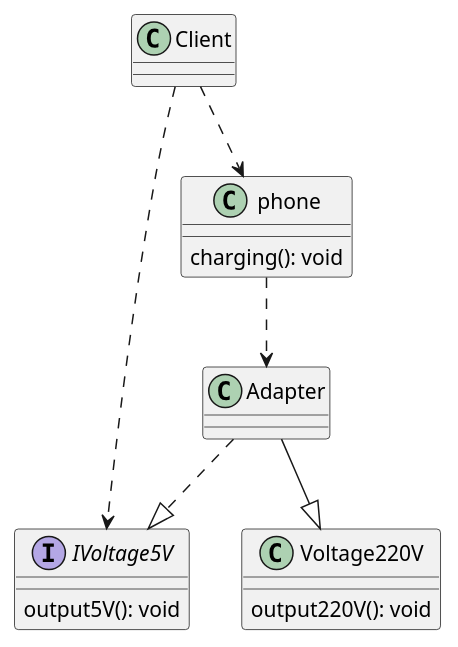
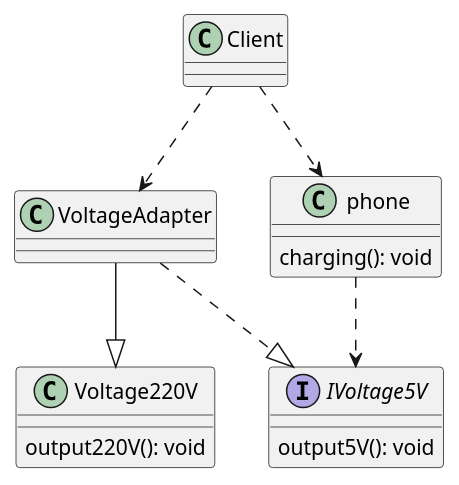
The diagram in src/pers/caijx/adapter/classadapter/classadapter.puml (SmileCJX/DesignPattern), drawn with PlantUML before and after one commit.

Commit message:
修正类适配器图

```diff
--- a/src/pers/caijx/adapter/classadapter/classadapter.puml
+++ b/src/pers/caijx/adapter/classadapter/classadapter.puml
@@ -1,24 +1,24 @@
 @startuml
 
 class Voltage220V
 Voltage220V : output220V(): void
 
-class Adapter
+class VoltageAdapter
 
 interface IVoltage5V
 IVoltage5V : output5V(): void
 
 class phone
 phone : charging(): void
 
 class Client
 
-Adapter --|> Voltage220V
-Adapter ..|> IVoltage5V
+VoltageAdapter --|> Voltage220V
+VoltageAdapter ..|> IVoltage5V
 
-phone ..> Adapter
+phone ..> IVoltage5V
 
 Client ..> phone
-Client ..> IVoltage5V
+Client ..> VoltageAdapter
 
 @enduml
```
